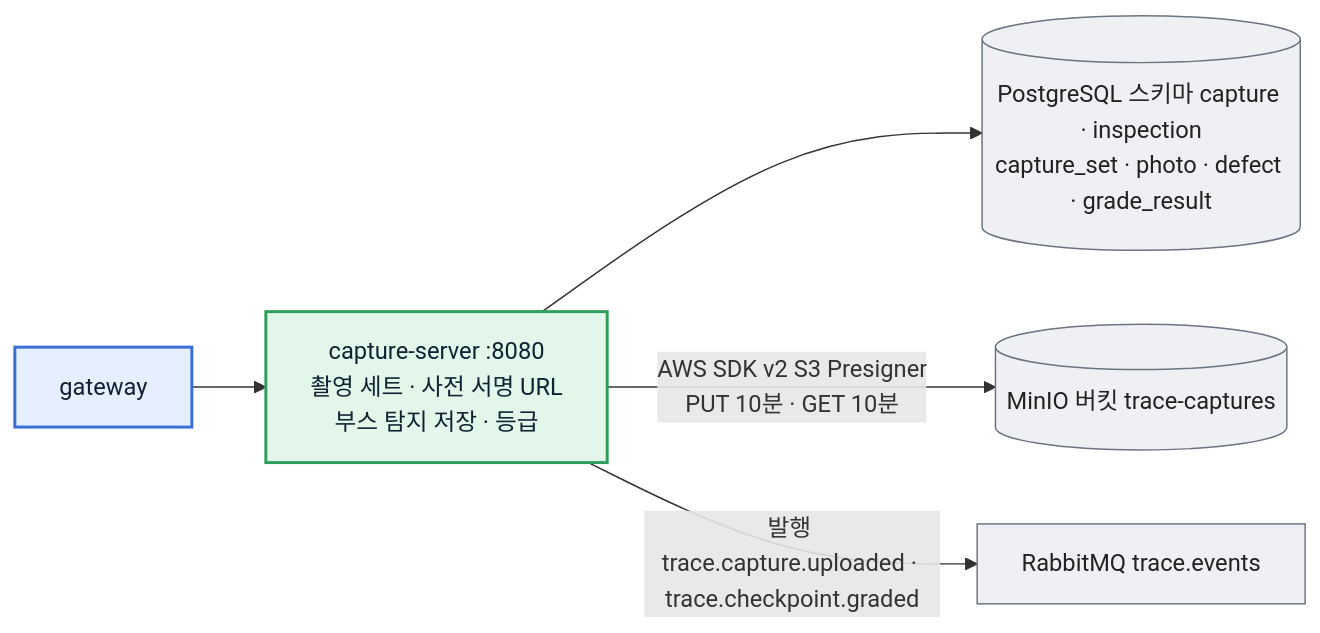
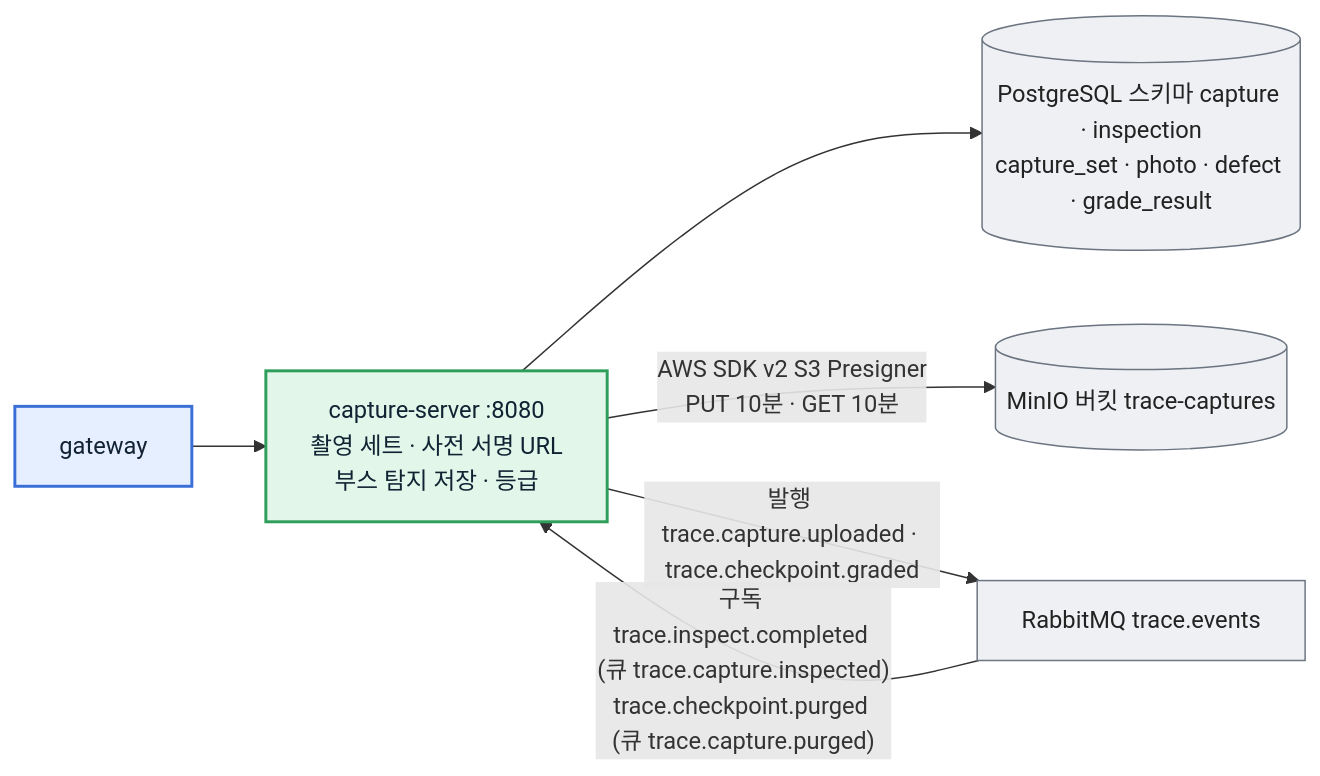
One commit to GAKDO/docs changed the fifth of 10 diagrams in mvp/02-services.md. Above: the diagram before and after it, drawn with Mermaid. The commit also changed other lines of this file and 28 other files, not shown here.

First line of the commit message:
docs: 11/8 전체 점검 — 요구사항 구현 감사표, ERD 35개 테이블, 아키텍처·API 문서를 코드에 맞춤 (#17)

````diff
--- a/mvp/02-services.md
+++ b/mvp/02-services.md
@@ -106,10 +115,11 @@
 ```mermaid
 flowchart LR
   classDef booth fill:#e3f6ea,stroke:#2f9e5b,stroke-width:2px,color:#123
   classDef nophoto fill:#e6efff,stroke:#3b6fd8,stroke-width:2px,color:#123
   classDef infra fill:#eef0f3,stroke:#6b7480,color:#222
   gw["gateway"]:::nophoto --> c["capture-server :8080<br/>촬영 세트 · 사전 서명 URL<br/>부스 탐지 저장 · 등급"]:::booth
   c --> pg[("PostgreSQL 스키마 capture · inspection<br/>capture_set · photo · defect · grade_result")]:::infra
   c -->|"AWS SDK v2 S3 Presigner<br/>PUT 10분 · GET 10분"| s3[("MinIO 버킷 trace-captures")]:::infra
   c -->|"발행 trace.capture.uploaded · trace.checkpoint.graded"| mq["RabbitMQ trace.events"]:::infra
+  mq -->|"구독 trace.inspect.completed (큐 trace.capture.inspected)<br/>trace.checkpoint.purged (큐 trace.capture.purged)"| c
 ```
````
